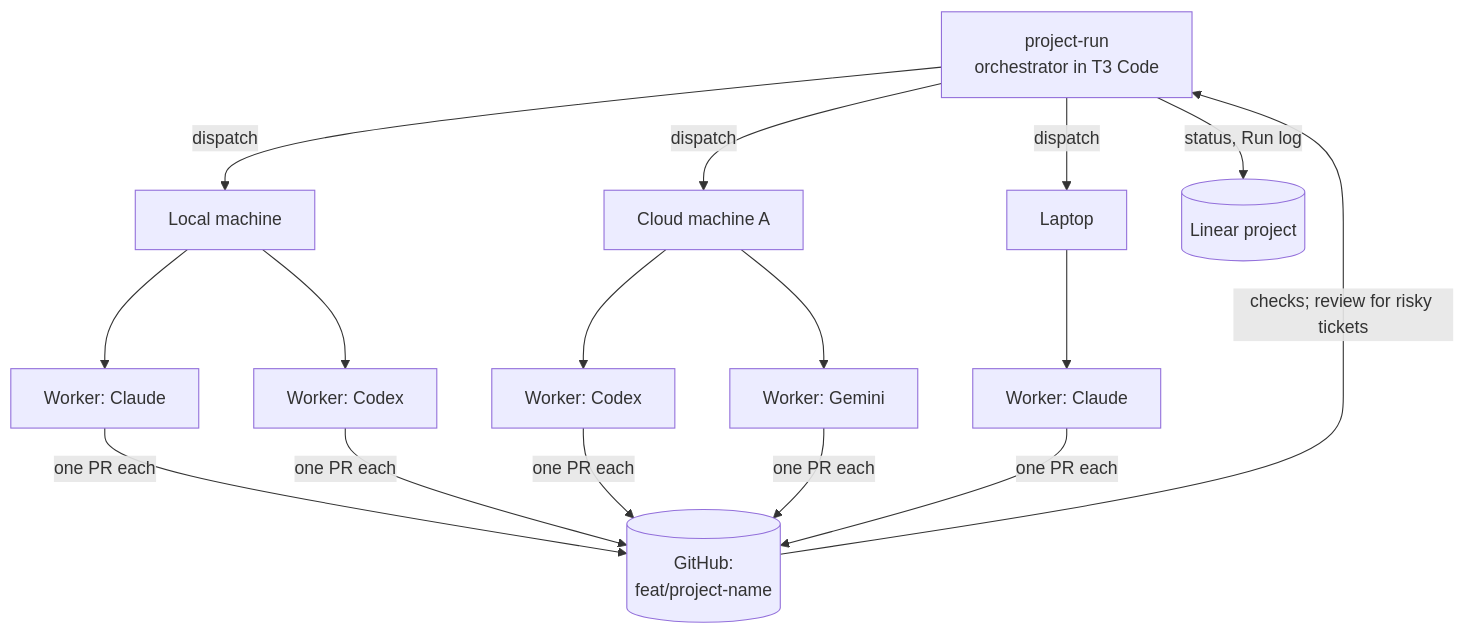
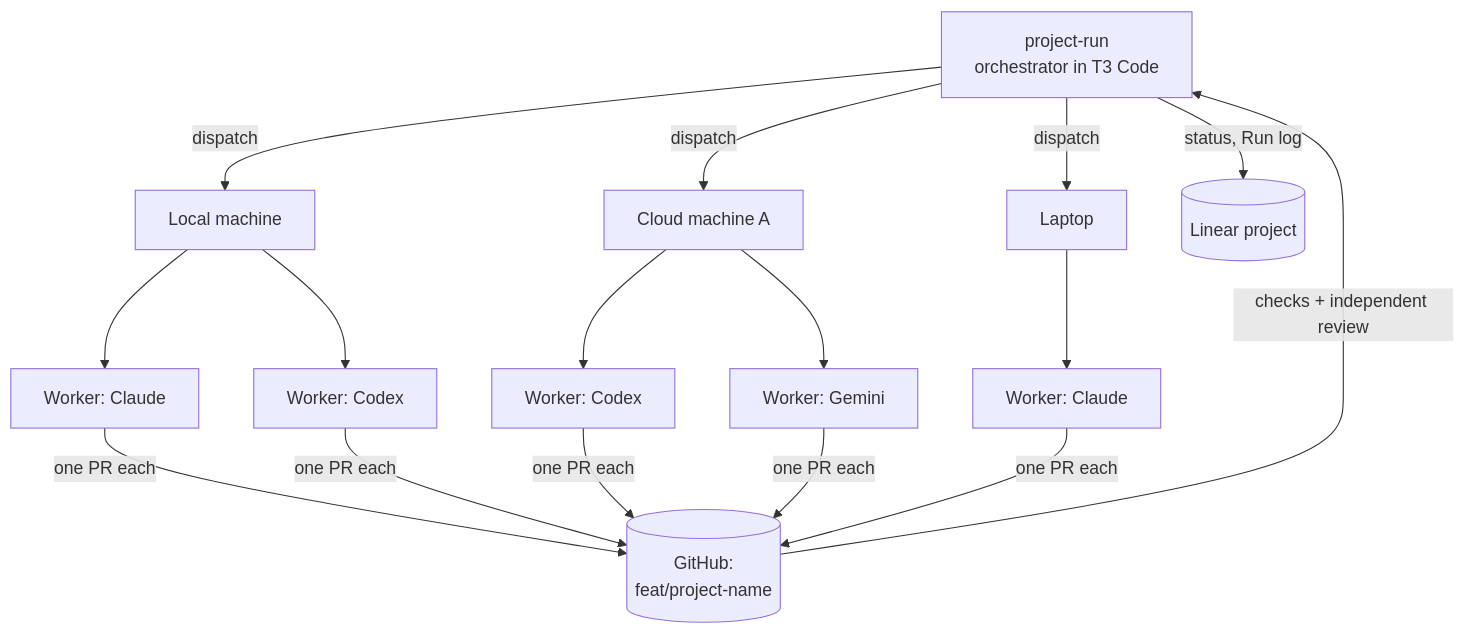
The second of 3 diagrams in README.md (FantasticDevHQ/t3-linear-fleet), drawn with Mermaid before and after one commit. The commit also changed other lines of this file and 6 other files, not shown here.

First line of the commit message:
feat(skills): verify and review every ticket with an independent model (#19)

````diff
--- a/README.md
+++ b/README.md
@@ -118,13 +118,13 @@
 ```mermaid
 flowchart TB
   O[project-run<br/>orchestrator in T3 Code]
   O -->|dispatch| M1[Local machine]
   O -->|dispatch| M2[Cloud machine A]
   O -->|dispatch| M3[Laptop]
   M1 --> W1[Worker: Claude] & W2[Worker: Codex]
   M2 --> W3[Worker: Codex] & W4[Worker: Gemini]
   M3 --> W5[Worker: Claude]
   W1 & W2 & W3 & W4 & W5 -->|one PR each| GH[(GitHub:<br/>feat/project-name)]
-  GH -->|checks; review for risky tickets| O
+  GH -->|checks + independent review| O
   O -->|status, Run log| L[(Linear project)]
 ```
````
